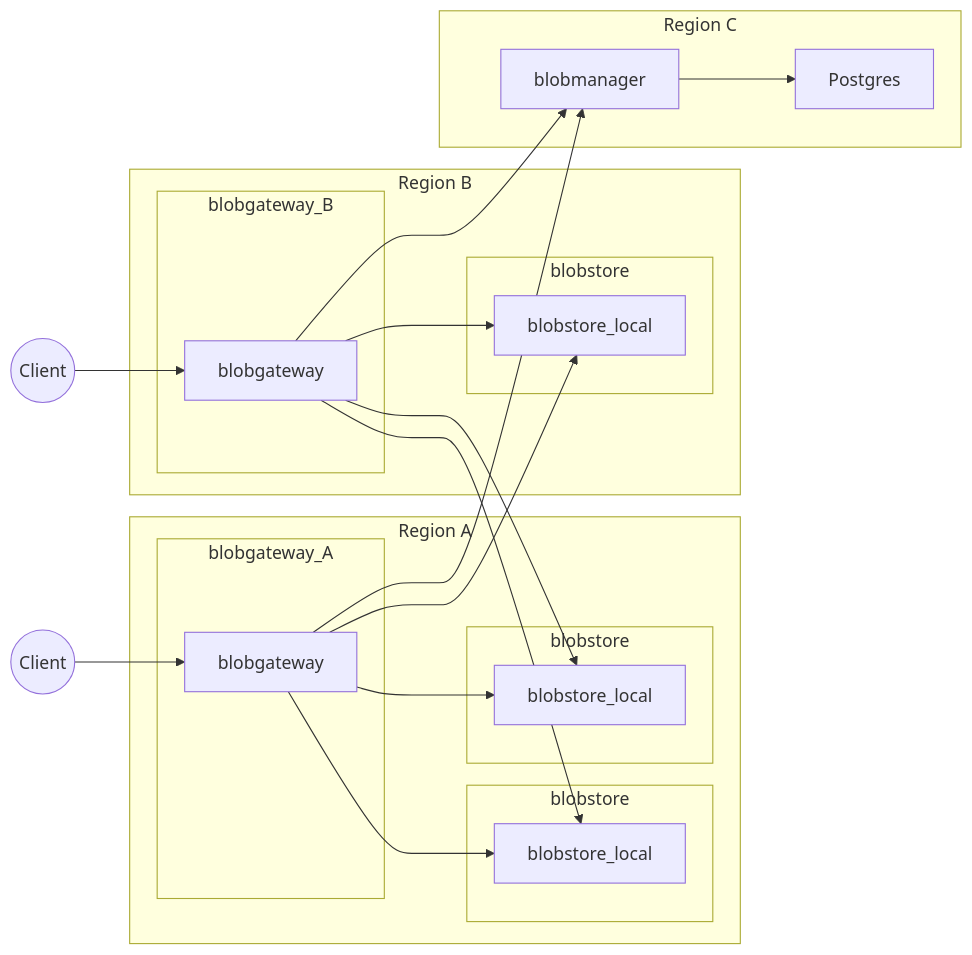
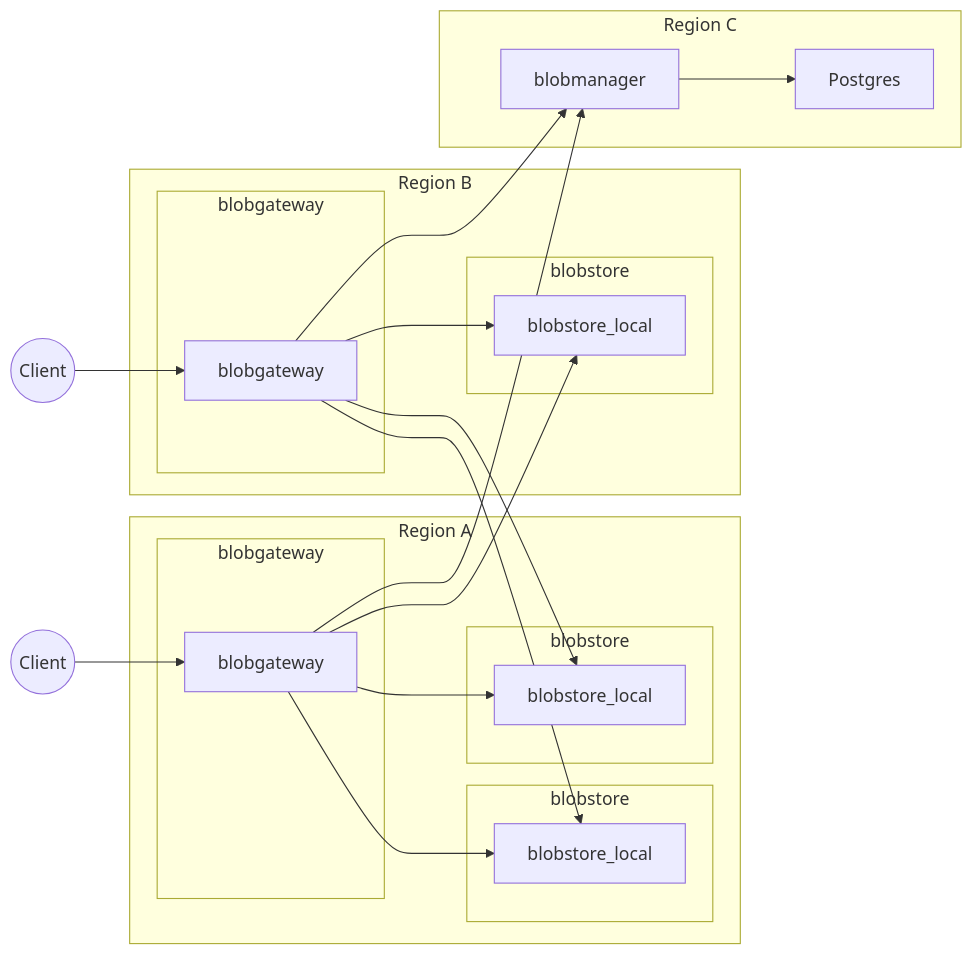
One commit to rinsuki-lab/blobservices changed the diagram in README.md. Above: the diagram before and after it, drawn with Mermaid.

````diff
--- a/README.md
+++ b/README.md
@@ -7,41 +7,41 @@
 ```mermaid
 flowchart LR
     Client_A((Client))
     Client_B((Client))
 
     subgraph Region A
-        subgraph blobgateway_A
+        subgraph blobgateway_A[blobgateway]
             blobgateway_A1[blobgateway]
         end
         subgraph blobstore_A1[blobstore]
             blobstore_local_A1[blobstore_local]
         end
         subgraph blobstore_A2[blobstore]
             blobstore_local_A2[blobstore_local]
         end
     end
     subgraph Region B
-        subgraph blobgateway_B
+        subgraph blobgateway_B[blobgateway]
             blobgateway_B1[blobgateway]
         end
         subgraph blobstore_B1[blobstore]
             blobstore_local_B1[blobstore_local]
         end
     end
     subgraph Region C
         blobmanager
         Postgres
     end
 
     Client_A --> blobgateway_A1
     Client_B --> blobgateway_B1
     blobgateway_A1 --> blobstore_local_A1
     blobgateway_A1 --> blobstore_local_A2
     blobgateway_A1 --> blobstore_local_B1
     blobgateway_B1 --> blobstore_local_A1
     blobgateway_B1 --> blobstore_local_A2
     blobgateway_B1 --> blobstore_local_B1
     blobgateway_A1 --> blobmanager
     blobgateway_B1 --> blobmanager
     blobmanager --> Postgres
 ```
````
